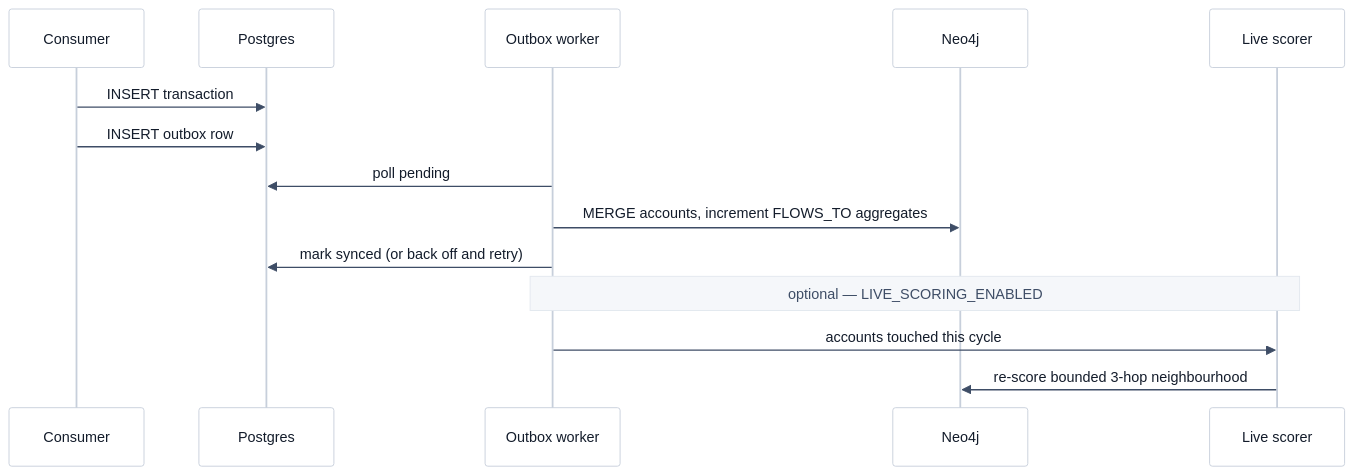
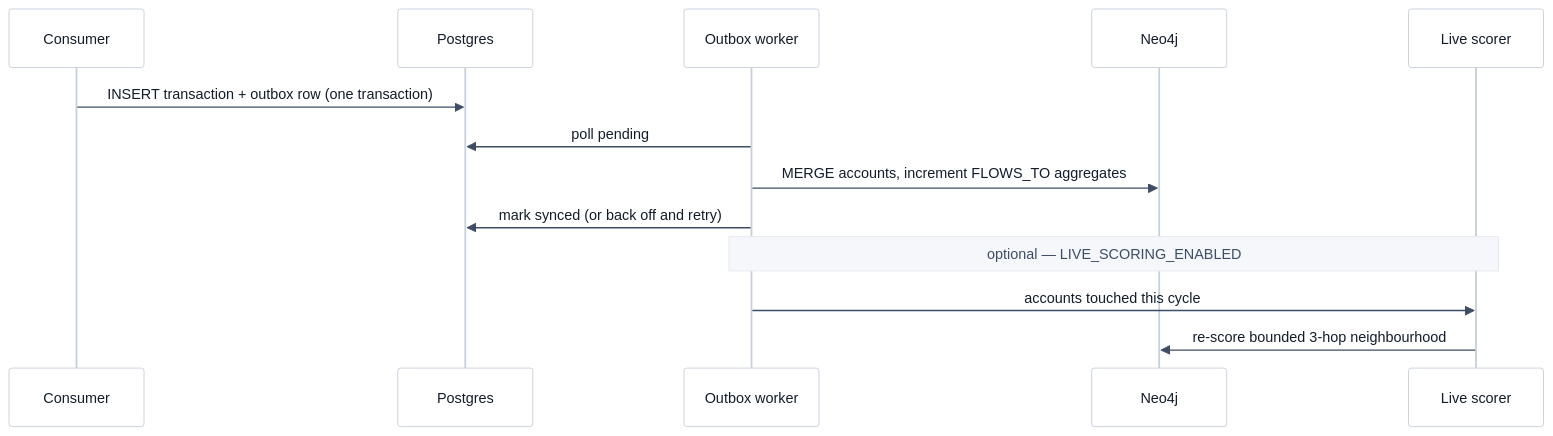
The second of 2 diagrams in README.md (PoneeshKumar/FlowGraph), drawn with Mermaid before and after one commit. The commit also changed other lines of this file and 6 other files, not shown here.

````diff
--- a/README.md
+++ b/README.md
@@ -78,22 +79,21 @@
 ```mermaid
 %%{init: {'theme':'base','themeVariables':{
   'primaryColor':'#ffffff','primaryTextColor':'#131c2b','primaryBorderColor':'#c7cfdb',
   'lineColor':'#8b98ad','signalColor':'#3e4d66','signalTextColor':'#131c2b',
   'actorBkg':'#ffffff','actorBorder':'#c7cfdb','actorTextColor':'#131c2b',
   'labelBoxBkg':'#f5f7fa','labelBoxBorderColor':'#e2e7ee','noteBkgColor':'#f5f7fa',
   'noteBorderColor':'#e2e7ee','noteTextColor':'#3e4d66'}}}%%
 sequenceDiagram
     participant C as Consumer
     participant P as Postgres
     participant W as Outbox worker
     participant N as Neo4j
     participant S as Live scorer
-    C->>P: INSERT transaction
-    C->>P: INSERT outbox row
+    C->>P: INSERT transaction + outbox row (one transaction)
     W->>P: poll pending
     W->>N: MERGE accounts, increment FLOWS_TO aggregates
     W->>P: mark synced (or back off and retry)
     Note over W,S: optional — LIVE_SCORING_ENABLED
     W->>S: accounts touched this cycle
     S->>N: re-score bounded 3-hop neighbourhood
 ```
````
